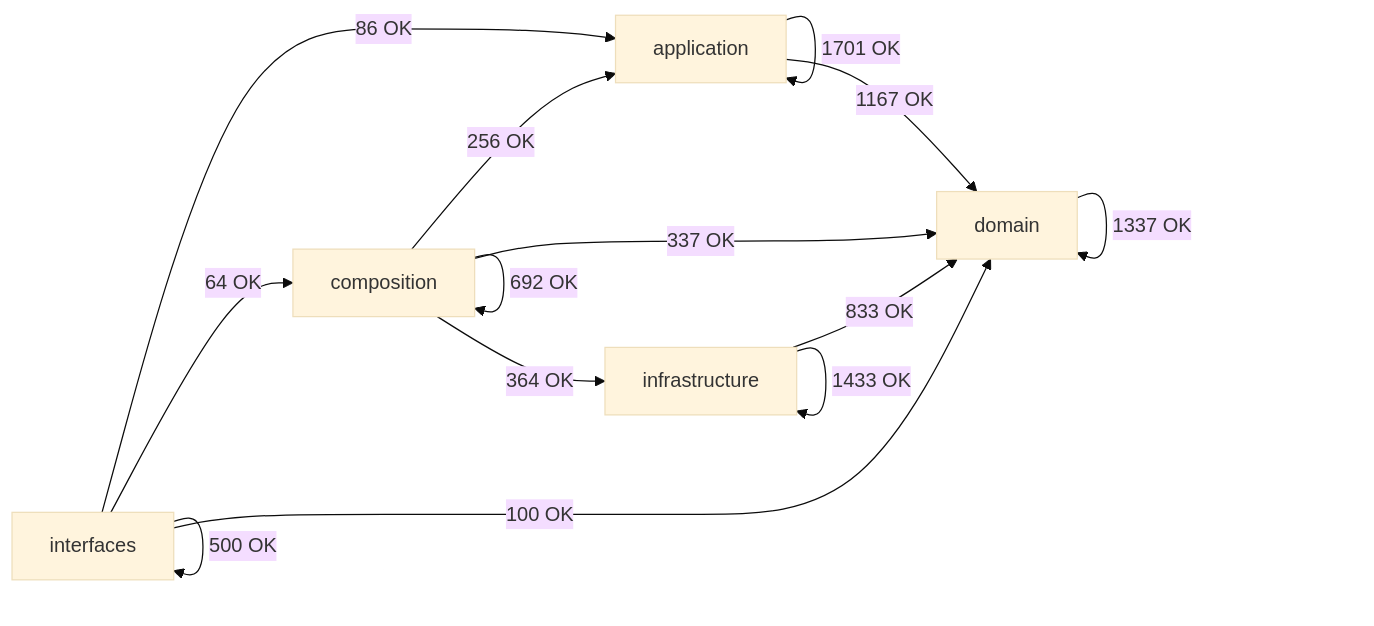
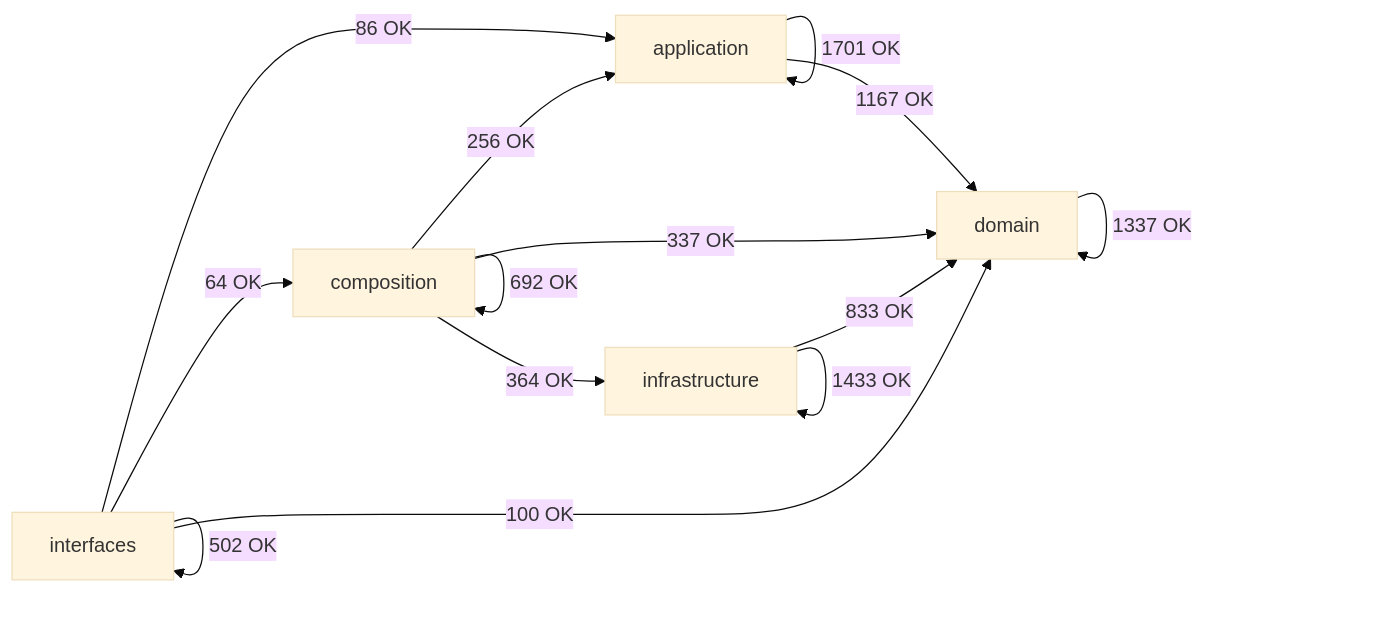
One commit to SatoryKono/BioactivityDataAcquisition changed the diagram in docs/02-architecture/generated/module-dependency-map.md. Above: the diagram before and after it, drawn with Mermaid (base theme). The commit also changed other lines of this file and 11 other files, not shown here.

````diff
--- a/docs/02-architecture/generated/module-dependency-map.md
+++ b/docs/02-architecture/generated/module-dependency-map.md
@@ -17,21 +17,21 @@
 ```mermaid
 flowchart LR
     domain[domain]
     application[application]
     infrastructure[infrastructure]
     composition[composition]
     interfaces[interfaces]
     application -->|1701 OK| application
     application -->|1167 OK| domain
     composition -->|256 OK| application
     composition -->|692 OK| composition
     composition -->|337 OK| domain
     composition -->|364 OK| infrastructure
     domain -->|1337 OK| domain
     infrastructure -->|833 OK| domain
     infrastructure -->|1433 OK| infrastructure
     interfaces -->|86 OK| application
     interfaces -->|64 OK| composition
     interfaces -->|100 OK| domain
-    interfaces -->|500 OK| interfaces
+    interfaces -->|502 OK| interfaces
 ```
````
